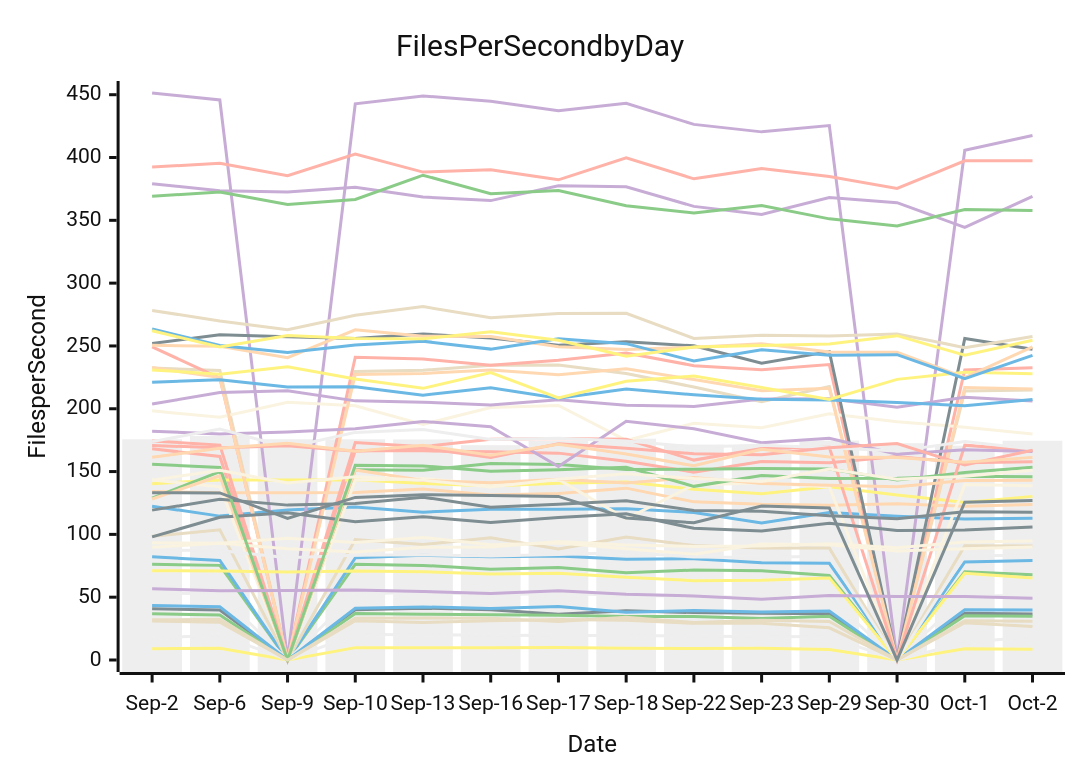
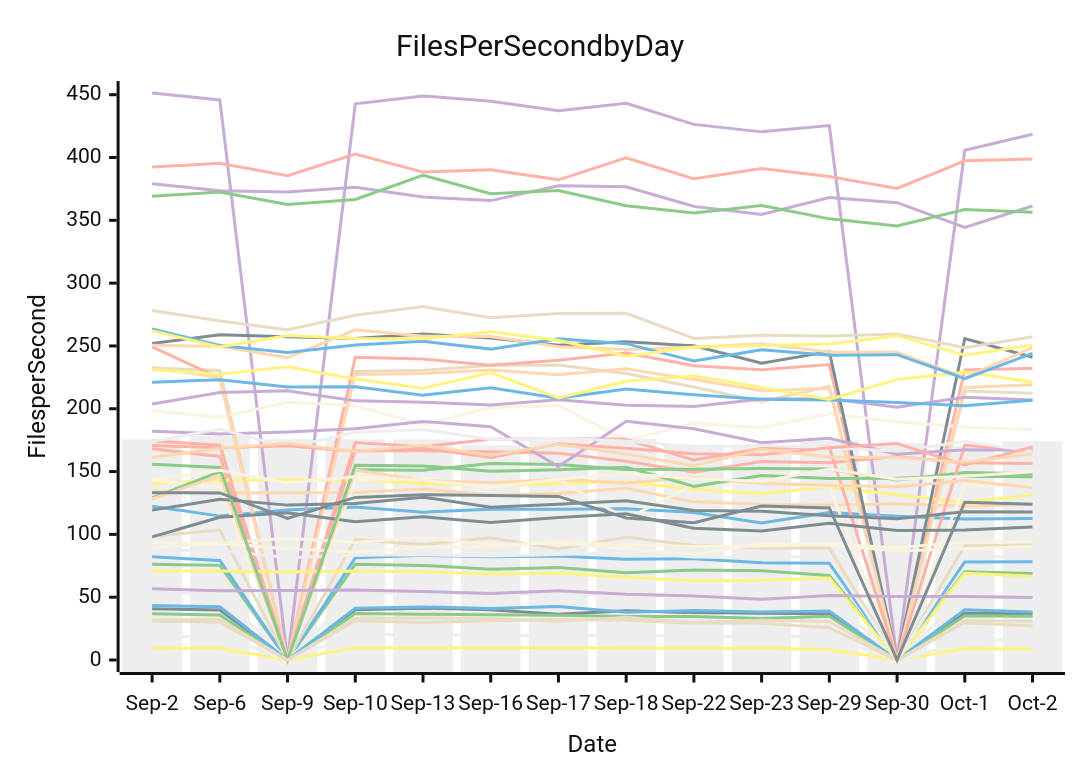
One commit to streetsidesoftware/cspell changed the diagram in perf-report.md. Above: the diagram before and after it, drawn with Mermaid (neutral theme). The commit also changed other lines of this file and 1 other file, not shown here.

````diff
--- a/perf-report.md
+++ b/perf-report.md
@@ -10,56 +10,56 @@
 ```mermaid
 xychart-beta
     title Files Per Second by Day
     y-axis Files per Second
     x-axis Date [Sep-2, Sep-6, Sep-9, Sep-10, Sep-13, Sep-16, Sep-17, Sep-18, Sep-22, Sep-23, Sep-29, Sep-30, Oct-1, Oct-2]
-    bar [175.68, 178.38, 175.73, 175.70, 175.56, 170.99, 174.42, 176.15, 171.49, 170.60, 174.68, 172.58, 170.62, 174.53]
-    line [122.42, 114.54, 119.33, 121.78, 117.69, 120.09, 120.05, 120.31, 117.43, 109.01, 117.33, 114.51, 112.29, 112.90]
-    line [76.26, 75.33, 0.00, 76.18, 75.30, 72.34, 73.59, 69.54, 71.59, 70.97, 67.35, 0.00, 70.29, 67.91]
-    line [451.36, 445.82, 0.00, 442.79, 448.98, 444.77, 437.29, 443.15, 426.39, 420.42, 425.42, 0.00, 405.76, 417.48]
-    line [232.38, 230.54, 0.00, 229.61, 230.62, 234.72, 234.92, 228.04, 217.32, 205.66, 217.69, 0.00, 214.10, 215.02]
-    line [249.29, 224.39, 0.00, 241.04, 239.64, 234.60, 238.64, 244.36, 234.31, 230.98, 235.16, 0.00, 230.90, 232.67]
-    line [8.92, 9.30, 0.00, 9.85, 9.67, 9.68, 9.92, 9.37, 9.23, 9.26, 8.29, 0.00, 8.90, 8.49]
-    line [40.72, 39.85, 0.00, 39.94, 41.26, 40.08, 36.34, 39.18, 37.74, 37.18, 36.89, 0.00, 37.27, 36.63]
-    line [134.10, 133.16, 133.12, 133.37, 136.08, 131.30, 132.64, 136.81, 125.88, 123.97, 123.26, 124.35, 122.36, 123.71]
-    line [198.37, 193.18, 205.21, 202.42, 187.59, 200.94, 202.64, 174.86, 188.42, 184.98, 195.97, 189.74, 185.35, 179.93]
-    line [17.23, 19.98, 0.00, 20.38, 20.10, 19.75, 19.58, 19.44, 18.99, 18.71, 18.44, 0.00, 13.99, 18.53]
-    line [82.19, 79.19, 0.00, 81.30, 83.34, 82.19, 82.78, 80.29, 80.65, 77.47, 76.93, 0.00, 78.07, 79.26]
-    line [36.83, 35.85, 0.00, 37.06, 36.42, 35.98, 35.70, 34.54, 34.55, 33.11, 34.81, 0.00, 35.17, 34.90]
-    line [379.20, 373.63, 372.65, 376.36, 368.52, 365.71, 377.56, 376.77, 361.09, 354.59, 368.19, 364.07, 344.36, 368.99]
-    line [98.44, 103.61, 0.00, 95.82, 91.96, 97.25, 88.47, 97.89, 91.06, 89.08, 89.06, 0.00, 90.96, 90.67]
-    line [168.11, 162.00, 0.00, 166.81, 166.56, 165.69, 164.68, 158.25, 149.51, 158.09, 156.96, 161.98, 156.93, 157.88]
-    line [140.40, 143.33, 143.38, 143.55, 140.59, 138.57, 140.62, 141.72, 135.93, 132.42, 137.90, 131.39, 125.40, 130.25]
-    line [251.96, 258.89, 257.30, 255.86, 259.52, 256.30, 250.62, 253.31, 250.10, 236.21, 245.48, 0.00, 255.93, 247.34]
-    line [232.84, 224.81, 0.00, 227.34, 228.09, 230.87, 227.16, 231.88, 223.22, 214.31, 216.24, 0.00, 216.91, 215.81]
-    line [143.31, 137.86, 0.00, 143.10, 144.41, 139.70, 143.74, 112.39, 139.33, 141.10, 137.72, 0.00, 139.61, 138.78]
-    line [53.54, 52.52, 0.00, 52.32, 54.12, 51.77, 53.09, 51.40, 50.85, 49.44, 50.07, 0.00, 50.63, 51.73]
-    line [43.29, 42.33, 0.00, 41.15, 42.24, 41.01, 42.53, 38.05, 39.43, 38.14, 38.94, 0.00, 39.96, 39.82]
-    line [128.81, 149.88, 0.00, 151.49, 151.06, 156.36, 155.63, 151.63, 151.94, 152.50, 152.06, 143.32, 149.19, 153.42]
-    line [203.78, 213.00, 214.26, 206.28, 205.22, 203.09, 207.23, 202.88, 201.82, 207.79, 207.90, 201.29, 209.19, 206.08]
-    line [278.30, 269.85, 262.88, 274.40, 281.31, 272.54, 275.91, 275.97, 256.03, 258.54, 258.01, 259.58, 248.67, 257.55]
-    line [174.42, 171.06, 0.00, 173.10, 169.76, 175.73, 176.36, 175.75, 159.14, 168.41, 169.31, 0.00, 170.99, 166.73]
-    line [71.07, 70.80, 70.10, 70.83, 70.27, 68.51, 69.01, 65.91, 63.15, 63.41, 65.35, 0.00, 69.02, 65.36]
-    line [98.03, 113.59, 117.23, 110.00, 114.04, 109.51, 113.51, 116.46, 104.81, 102.79, 108.89, 103.13, 103.52, 105.83]
-    line [128.16, 146.70, 0.00, 151.25, 142.95, 141.14, 143.95, 140.92, 145.29, 140.59, 139.11, 138.01, 142.88, 143.10]
-    line [93.42, 92.85, 96.99, 93.46, 97.52, 91.70, 93.14, 88.50, 84.12, 92.41, 91.76, 86.84, 88.64, 89.86]
-    line [87.46, 87.14, 81.35, 83.34, 83.78, 82.79, 83.96, 85.57, 82.01, 81.81, 82.67, 0.00, 83.49, 82.70]
-    line [221.13, 223.08, 217.30, 217.60, 210.80, 216.66, 208.33, 215.69, 211.15, 207.60, 206.93, 205.06, 202.44, 207.32]
-    line [369.19, 372.46, 362.58, 366.57, 385.92, 371.23, 373.66, 361.57, 355.78, 361.81, 351.17, 345.43, 358.65, 357.73]
-    line [182.17, 179.93, 181.55, 184.12, 189.95, 185.74, 153.97, 189.99, 184.11, 172.95, 176.46, 163.78, 167.39, 165.95]
-    line [31.96, 32.39, 0.00, 33.27, 33.48, 33.18, 30.65, 34.02, 29.87, 31.63, 30.68, 0.00, 31.32, 30.83]
-    line [392.41, 395.48, 385.49, 402.68, 388.38, 390.24, 382.26, 399.81, 383.04, 391.20, 384.82, 375.34, 397.41, 397.52]
-    line [230.93, 227.50, 233.38, 223.69, 216.25, 228.77, 208.66, 221.89, 226.09, 216.90, 207.46, 223.39, 229.16, 227.81]
-    line [119.32, 127.89, 123.29, 124.49, 129.64, 121.66, 124.08, 126.72, 119.08, 118.45, 114.87, 112.49, 118.05, 117.67]
-    line [250.46, 249.77, 240.66, 262.89, 257.78, 257.49, 249.43, 247.25, 248.88, 251.75, 245.20, 245.06, 224.85, 249.24]
-    line [89.68, 92.88, 88.59, 86.05, 89.85, 89.86, 94.27, 91.54, 90.45, 90.71, 92.55, 89.39, 93.96, 94.73]
-    line [173.82, 183.91, 169.15, 181.18, 183.51, 175.60, 176.44, 174.39, 169.65, 170.91, 168.95, 166.28, 173.86, 168.00]
-    line [263.57, 250.38, 244.75, 250.69, 253.77, 247.48, 255.65, 251.83, 237.98, 246.89, 242.54, 243.09, 224.03, 242.54]
+    bar [175.68, 178.38, 175.73, 175.70, 175.56, 170.99, 174.42, 176.15, 171.49, 170.60, 174.68, 172.58, 170.62, 174.06]
+    line [122.42, 114.54, 119.33, 121.78, 117.69, 120.09, 120.05, 120.31, 117.43, 109.01, 117.33, 114.51, 112.29, 112.71]
+    line [76.26, 75.33, 0.00, 76.18, 75.30, 72.34, 73.59, 69.54, 71.59, 70.97, 67.35, 0.00, 70.29, 68.90]
+    line [451.36, 445.82, 0.00, 442.79, 448.98, 444.77, 437.29, 443.15, 426.39, 420.42, 425.42, 0.00, 405.76, 418.50]
+    line [232.38, 230.54, 0.00, 229.61, 230.62, 234.72, 234.92, 228.04, 217.32, 205.66, 217.69, 0.00, 214.10, 212.26]
+    line [249.29, 224.39, 0.00, 241.04, 239.64, 234.60, 238.64, 244.36, 234.31, 230.98, 235.16, 0.00, 230.90, 232.18]
+    line [8.92, 9.30, 0.00, 9.85, 9.67, 9.68, 9.92, 9.37, 9.23, 9.26, 8.29, 0.00, 8.90, 8.75]
+    line [40.72, 39.85, 0.00, 39.94, 41.26, 40.08, 36.34, 39.18, 37.74, 37.18, 36.89, 0.00, 37.27, 36.89]
+    line [134.10, 133.16, 133.12, 133.37, 136.08, 131.30, 132.64, 136.81, 125.88, 123.97, 123.26, 124.35, 122.36, 124.05]
+    line [198.37, 193.18, 205.21, 202.42, 187.59, 200.94, 202.64, 174.86, 188.42, 184.98, 195.97, 189.74, 185.35, 183.52]
+    line [17.23, 19.98, 0.00, 20.38, 20.10, 19.75, 19.58, 19.44, 18.99, 18.71, 18.44, 0.00, 13.99, 17.93]
+    line [82.19, 79.19, 0.00, 81.30, 83.34, 82.19, 82.78, 80.29, 80.65, 77.47, 76.93, 0.00, 78.07, 78.18]
+    line [36.83, 35.85, 0.00, 37.06, 36.42, 35.98, 35.70, 34.54, 34.55, 33.11, 34.81, 0.00, 35.17, 34.81]
+    line [379.20, 373.63, 372.65, 376.36, 368.52, 365.71, 377.56, 376.77, 361.09, 354.59, 368.19, 364.07, 344.36, 361.41]
+    line [98.44, 103.61, 0.00, 95.82, 91.96, 97.25, 88.47, 97.89, 91.06, 89.08, 89.06, 0.00, 90.96, 91.55]
+    line [168.11, 162.00, 0.00, 166.81, 166.56, 165.69, 164.68, 158.25, 149.51, 158.09, 156.96, 161.98, 156.93, 156.41]
+    line [140.40, 143.33, 143.38, 143.55, 140.59, 138.57, 140.62, 141.72, 135.93, 132.42, 137.90, 131.39, 125.40, 131.62]
+    line [251.96, 258.89, 257.30, 255.86, 259.52, 256.30, 250.62, 253.31, 250.10, 236.21, 245.48, 0.00, 255.93, 241.02]
+    line [232.84, 224.81, 0.00, 227.34, 228.09, 230.87, 227.16, 231.88, 223.22, 214.31, 216.24, 0.00, 216.91, 219.11]
+    line [143.31, 137.86, 0.00, 143.10, 144.41, 139.70, 143.74, 112.39, 139.33, 141.10, 137.72, 0.00, 139.61, 138.23]
+    line [53.54, 52.52, 0.00, 52.32, 54.12, 51.77, 53.09, 51.40, 50.85, 49.44, 50.07, 0.00, 50.63, 49.63]
+    line [43.29, 42.33, 0.00, 41.15, 42.24, 41.01, 42.53, 38.05, 39.43, 38.14, 38.94, 0.00, 39.96, 38.12]
+    line [128.81, 149.88, 0.00, 151.49, 151.06, 156.36, 155.63, 151.63, 151.94, 152.50, 152.06, 143.32, 149.19, 148.32]
+    line [203.78, 213.00, 214.26, 206.28, 205.22, 203.09, 207.23, 202.88, 201.82, 207.79, 207.90, 201.29, 209.19, 206.95]
+    line [278.30, 269.85, 262.88, 274.40, 281.31, 272.54, 275.91, 275.97, 256.03, 258.54, 258.01, 259.58, 248.67, 257.34]
+    line [174.42, 171.06, 0.00, 173.10, 169.76, 175.73, 176.36, 175.75, 159.14, 168.41, 169.31, 0.00, 170.99, 166.63]
+    line [71.07, 70.80, 70.10, 70.83, 70.27, 68.51, 69.01, 65.91, 63.15, 63.41, 65.35, 0.00, 69.02, 66.69]
+    line [98.03, 113.59, 117.23, 110.00, 114.04, 109.51, 113.51, 116.46, 104.81, 102.79, 108.89, 103.13, 103.52, 105.79]
+    line [128.16, 146.70, 0.00, 151.25, 142.95, 141.14, 143.95, 140.92, 145.29, 140.59, 139.11, 138.01, 142.88, 137.23]
+    line [93.42, 92.85, 96.99, 93.46, 97.52, 91.70, 93.14, 88.50, 84.12, 92.41, 91.76, 86.84, 88.64, 90.41]
+    line [87.46, 87.14, 81.35, 83.34, 83.78, 82.79, 83.96, 85.57, 82.01, 81.81, 82.67, 0.00, 83.49, 80.99]
+    line [221.13, 223.08, 217.30, 217.60, 210.80, 216.66, 208.33, 215.69, 211.15, 207.60, 206.93, 205.06, 202.44, 206.85]
+    line [369.19, 372.46, 362.58, 366.57, 385.92, 371.23, 373.66, 361.57, 355.78, 361.81, 351.17, 345.43, 358.65, 356.52]
+    line [182.17, 179.93, 181.55, 184.12, 189.95, 185.74, 153.97, 189.99, 184.11, 172.95, 176.46, 163.78, 167.39, 166.94]
+    line [31.96, 32.39, 0.00, 33.27, 33.48, 33.18, 30.65, 34.02, 29.87, 31.63, 30.68, 0.00, 31.32, 30.89]
+    line [392.41, 395.48, 385.49, 402.68, 388.38, 390.24, 382.26, 399.81, 383.04, 391.20, 384.82, 375.34, 397.41, 398.74]
+    line [230.93, 227.50, 233.38, 223.69, 216.25, 228.77, 208.66, 221.89, 226.09, 216.90, 207.46, 223.39, 229.16, 221.30]
+    line [119.32, 127.89, 123.29, 124.49, 129.64, 121.66, 124.08, 126.72, 119.08, 118.45, 114.87, 112.49, 118.05, 117.81]
+    line [250.46, 249.77, 240.66, 262.89, 257.78, 257.49, 249.43, 247.25, 248.88, 251.75, 245.20, 245.06, 224.85, 248.59]
+    line [89.68, 92.88, 88.59, 86.05, 89.85, 89.86, 94.27, 91.54, 90.45, 90.71, 92.55, 89.39, 93.96, 94.53]
+    line [173.82, 183.91, 169.15, 181.18, 183.51, 175.60, 176.44, 174.39, 169.65, 170.91, 168.95, 166.28, 173.86, 166.13]
+    line [263.57, 250.38, 244.75, 250.69, 253.77, 247.48, 255.65, 251.83, 237.98, 246.89, 242.54, 243.09, 224.03, 244.08]
     line [155.92, 153.19, 0.00, 155.03, 154.46, 150.27, 151.44, 153.53, 138.23, 146.78, 144.54, 144.66, 146.29, 145.95]
-    line [56.79, 55.22, 55.40, 55.63, 54.54, 52.86, 55.21, 52.35, 50.94, 48.45, 51.30, 50.59, 50.58, 49.16]
-    line [30.96, 30.04, 0.00, 31.22, 29.93, 31.17, 32.23, 31.60, 29.23, 29.18, 25.62, 0.00, 29.72, 26.57]
-    line [170.71, 168.98, 170.63, 166.15, 168.68, 161.23, 172.09, 168.48, 164.20, 163.31, 169.03, 172.29, 155.24, 167.03]
-    line [262.12, 249.11, 258.37, 255.88, 255.75, 261.30, 254.48, 241.79, 249.14, 250.28, 251.57, 258.18, 242.58, 254.60]
-    line [133.06, 133.03, 112.77, 129.44, 131.63, 130.97, 130.22, 113.06, 109.25, 122.56, 121.09, 0.00, 125.59, 126.93]
-    line [161.33, 168.54, 172.61, 166.17, 170.88, 163.08, 171.82, 163.97, 154.58, 167.67, 161.60, 161.14, 157.44, 161.30]
-    line [143.06, 151.08, 140.90, 145.94, 143.19, 137.67, 143.95, 148.30, 144.49, 142.14, 152.04, 143.84, 146.29, 151.13]
+    line [56.79, 55.22, 55.40, 55.63, 54.54, 52.86, 55.21, 52.35, 50.94, 48.45, 51.30, 50.59, 50.58, 49.72]
+    line [30.96, 30.04, 0.00, 31.22, 29.93, 31.17, 32.23, 31.60, 29.23, 29.18, 25.62, 0.00, 29.72, 27.11]
+    line [170.71, 168.98, 170.63, 166.15, 168.68, 161.23, 172.09, 168.48, 164.20, 163.31, 169.03, 172.29, 155.24, 169.60]
+    line [262.12, 249.11, 258.37, 255.88, 255.75, 261.30, 254.48, 241.79, 249.14, 250.28, 251.57, 258.18, 242.58, 250.83]
+    line [133.06, 133.03, 112.77, 129.44, 131.63, 130.97, 130.22, 113.06, 109.25, 122.56, 121.09, 0.00, 125.59, 123.97]
+    line [161.33, 168.54, 172.61, 166.17, 170.88, 163.08, 171.82, 163.97, 154.58, 167.67, 161.60, 161.14, 157.44, 164.03]
+    line [143.06, 151.08, 140.90, 145.94, 143.19, 137.67, 143.95, 148.30, 144.49, 142.14, 152.04, 143.84, 146.29, 149.93]
 ```
````
